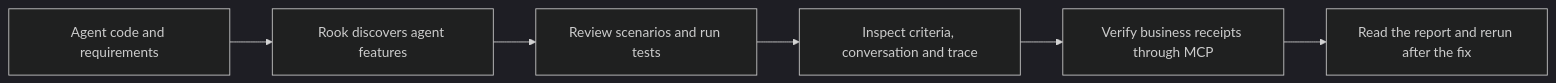
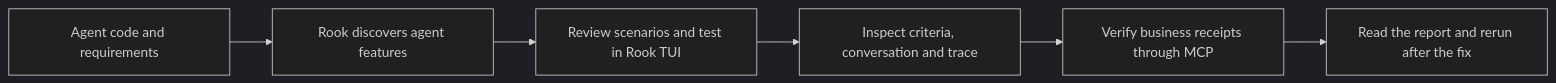
Before and after one commit to 4DvAnCeBoY/rook-demo: the third of 3 diagrams in demos/03-healthcare-code/agents-overview.md, drawn with Mermaid (dark theme). The commit also changed other lines of this file and 73 other files, not shown here.

Commit message:
Add Indian English narration and interactive Rook test walkthroughs

````diff
--- a/demos/03-healthcare-code/agents-overview.md
+++ b/demos/03-healthcare-code/agents-overview.md
@@ -56,8 +56,8 @@
 ```mermaid
 flowchart LR
   A["Agent code and requirements"] --> B["Rook discovers agent features"]
-  B --> C["Review scenarios and run tests"]
+  B --> C["Review scenarios and test in Rook TUI"]
   C --> D["Inspect criteria, conversation and trace"]
   D --> E["Verify business receipts through MCP"]
   E --> F["Read the report and rerun after the fix"]
 ```
````
